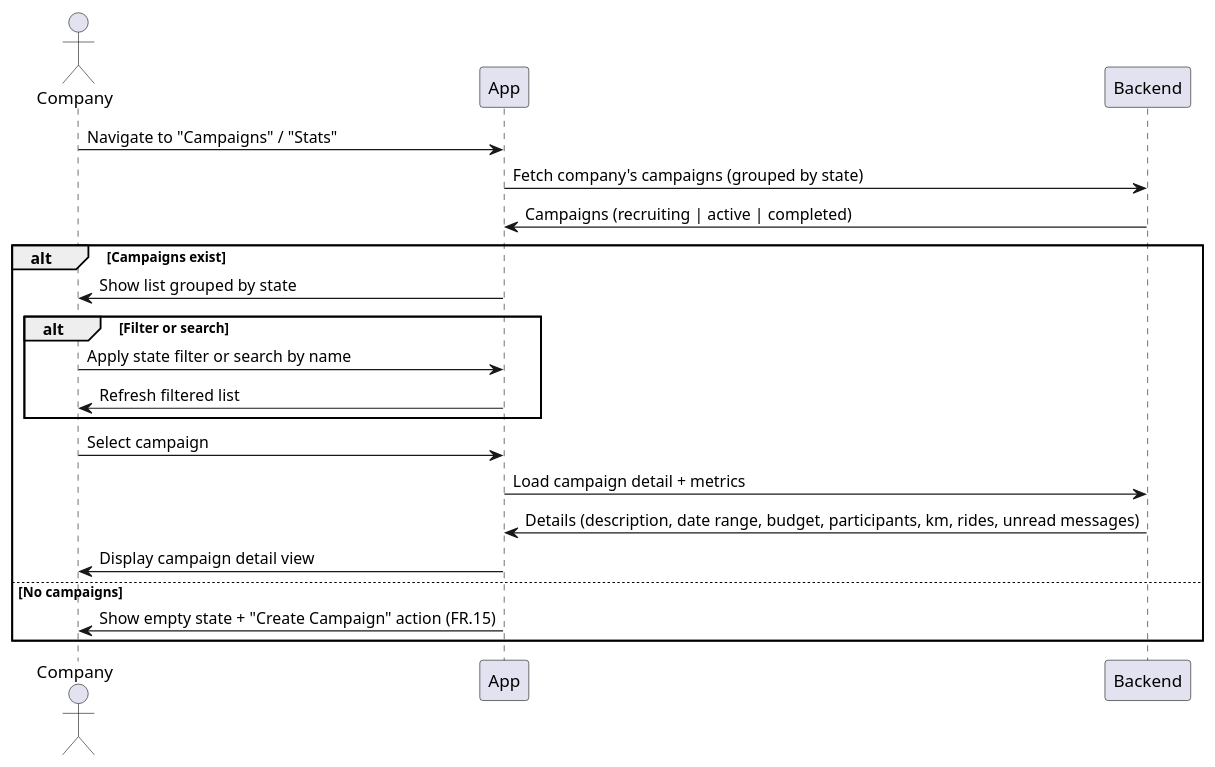
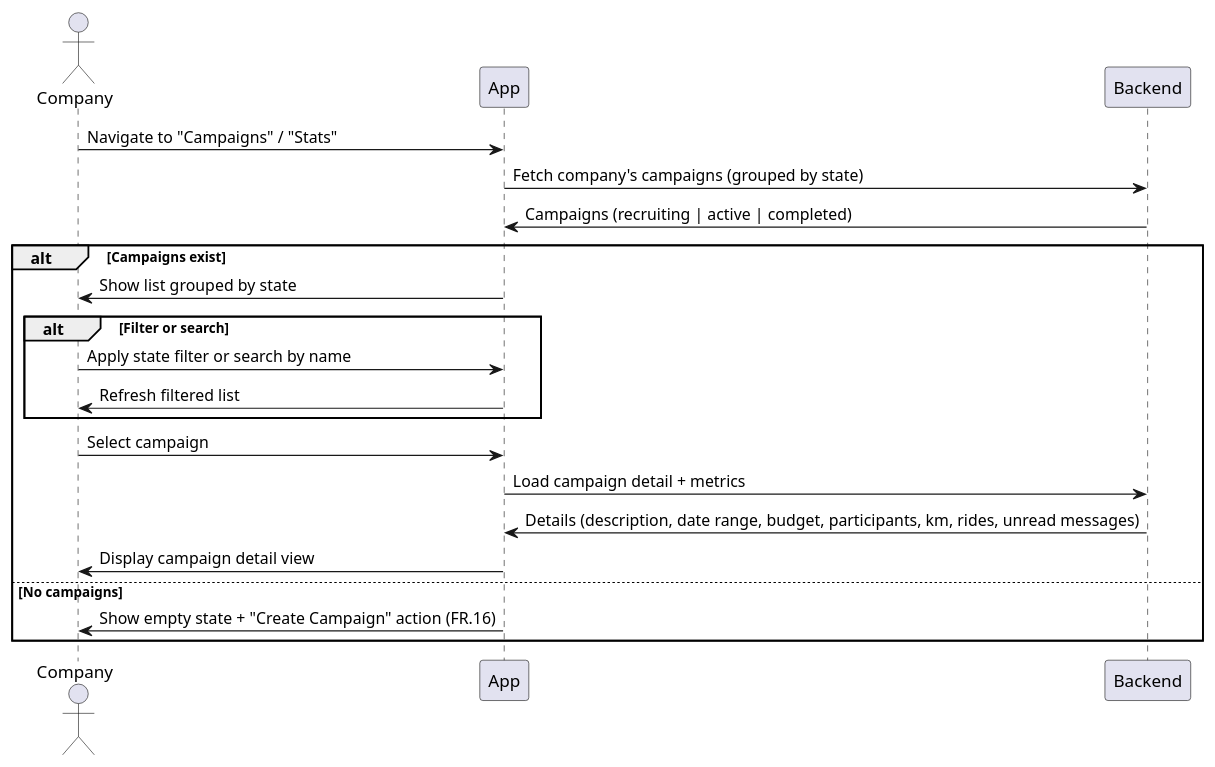
One commit to TheXik/Ad-on-Wheels changed the diagram in DOCS/Usecases/Company/View-Active-Past-Campaigns/ViewCampaignReach.puml. Above: the diagram before and after it, drawn with PlantUML. The commit also changed 16 other files, not shown here.

```diff
--- a/DOCS/Usecases/Company/View-Active-Past-Campaigns/ViewCampaignReach.puml
+++ b/DOCS/Usecases/Company/View-Active-Past-Campaigns/ViewCampaignReach.puml
@@ -1,25 +1,25 @@
 @startuml ViewCampaignStats
 actor Company
 
 Company -> App : Navigate to "Campaigns" / "Stats"
 App -> Backend : Fetch company's campaigns (grouped by state)
 Backend -> App : Campaigns (recruiting | active | completed)
 
 alt Campaigns exist
     App -> Company : Show list grouped by state
 
     alt Filter or search
         Company -> App : Apply state filter or search by name
         App -> Company : Refresh filtered list
     end
 
     Company -> App : Select campaign
     App -> Backend : Load campaign detail + metrics
     Backend -> App : Details (description, date range, budget, participants, km, rides, unread messages)
     App -> Company : Display campaign detail view
 
 else No campaigns
-    App -> Company : Show empty state + "Create Campaign" action (FR.15)
+    App -> Company : Show empty state + "Create Campaign" action (FR.16)
 end
 
 @enduml
```
